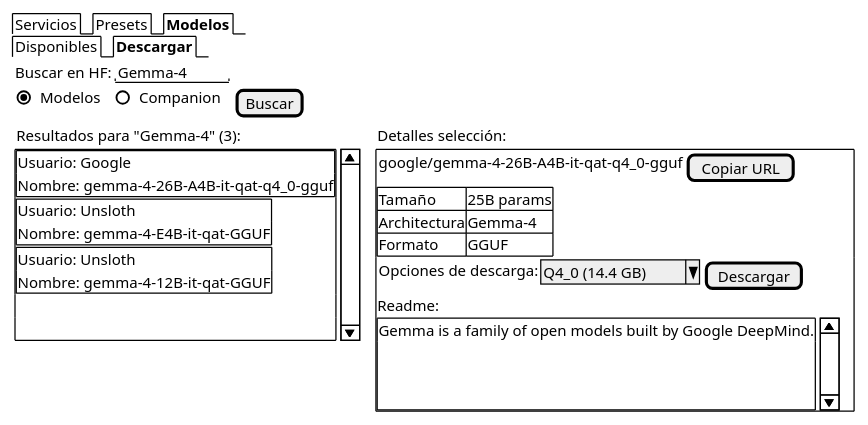
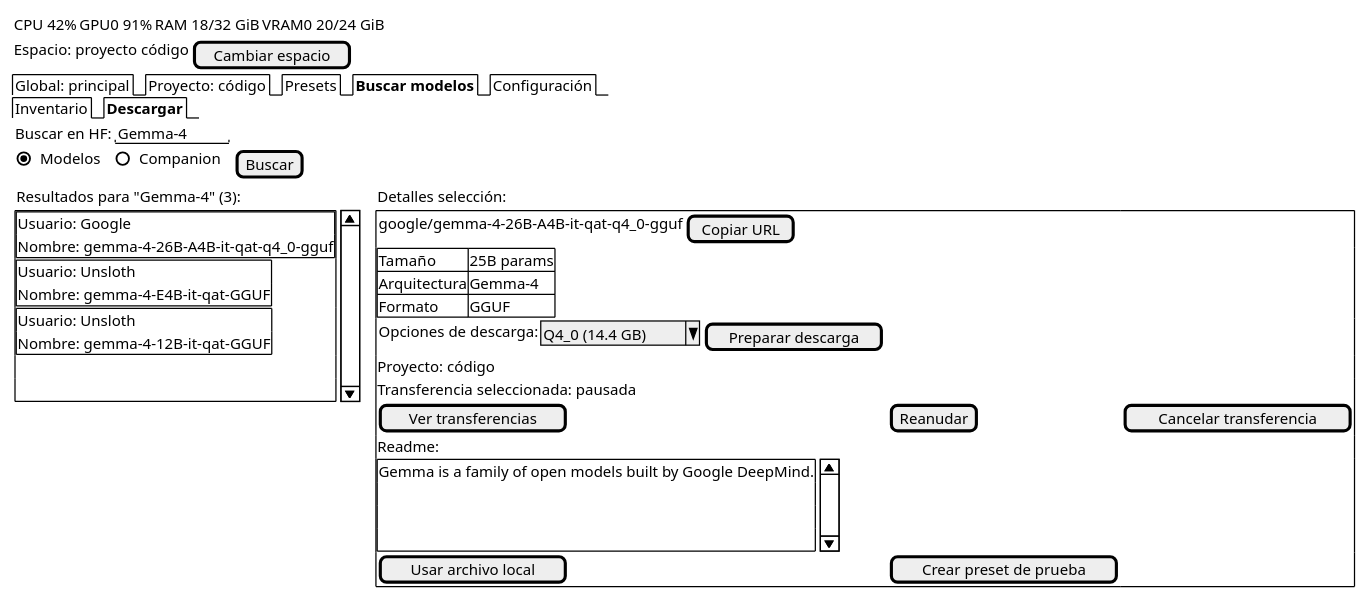
One commit to mstranich/coquena changed the diagram in docs/tui-modelos.descarga.salt.puml. Above: the diagram before and after it, drawn with PlantUML. The commit also changed 15 other files, not shown here.

```diff
--- a/docs/tui-modelos.descarga.salt.puml
+++ b/docs/tui-modelos.descarga.salt.puml
@@ -1,46 +1,52 @@
 @startsalt
 {
-  {/ Servicios | Presets | <b>Modelos  }
-  {/ Disponibles | <b>Descargar  }
+  { CPU 42% | GPU0 91% | RAM 18/32 GiB | VRAM0 20/24 GiB }
+  { Espacio: proyecto código | [Cambiar espacio] }
+  {/ Global: principal | Proyecto: código | Presets | <b>Buscar modelos | Configuración  }
+  {/ Inventario | <b>Descargar  }
   {
     {
       Buscar en HF: | " Gemma-4   "
       (X) Modelos   | ( ) Companion | [Buscar]
     }
     {
       {Resultados para "Gemma-4" (3): } | {Detalles selección:}
       {SI
         {+
           Usuario: Google
           Nombre: gemma-4-26B-A4B-it-qat-q4_0-gguf
         }
         {+
           Usuario: Unsloth
           Nombre: gemma-4-E4B-it-qat-GGUF
         }
         {+
           Usuario: Unsloth
           Nombre: gemma-4-12B-it-qat-GGUF
         }
         .
         .
       } | {+
         { google/gemma-4-26B-A4B-it-qat-q4_0-gguf | [Copiar URL]}
         {#
           Tamaño       | 25B params
-          Architectura | Gemma-4
+          Arquitectura | Gemma-4
           Formato      | GGUF
         }
-        { Opciones de descarga: | ^Q4_0 (14.4 GB)^ | [Descargar]}
+        { Opciones de descarga: | ^Q4_0 (14.4 GB)^ | [Preparar descarga]}
+        Proyecto: código
+        Transferencia seleccionada: pausada
+        [Ver transferencias] | [Reanudar] | [Cancelar transferencia]
         Readme:
         {SI
           Gemma is a family of open models built by Google DeepMind.
           .
           .
           .
         }
+        [Usar archivo local] | [Crear preset de prueba]
       }
     }
   }
 }
 @endsalt
```
